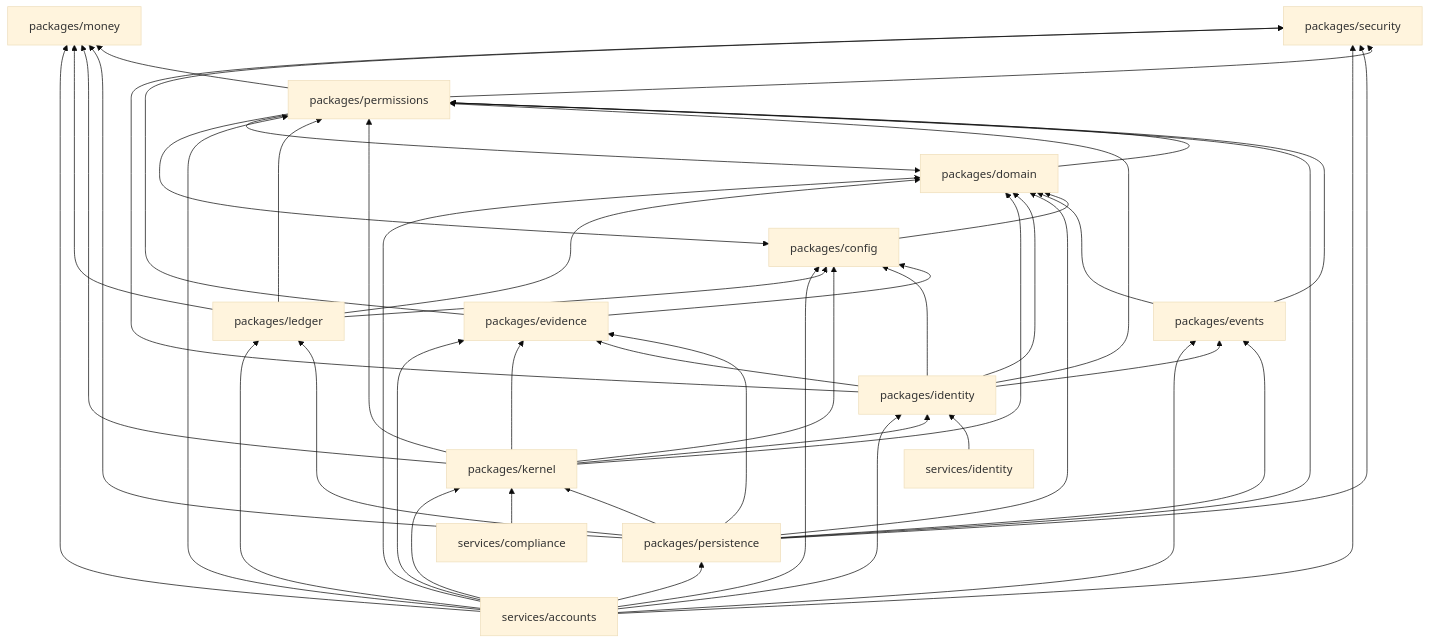
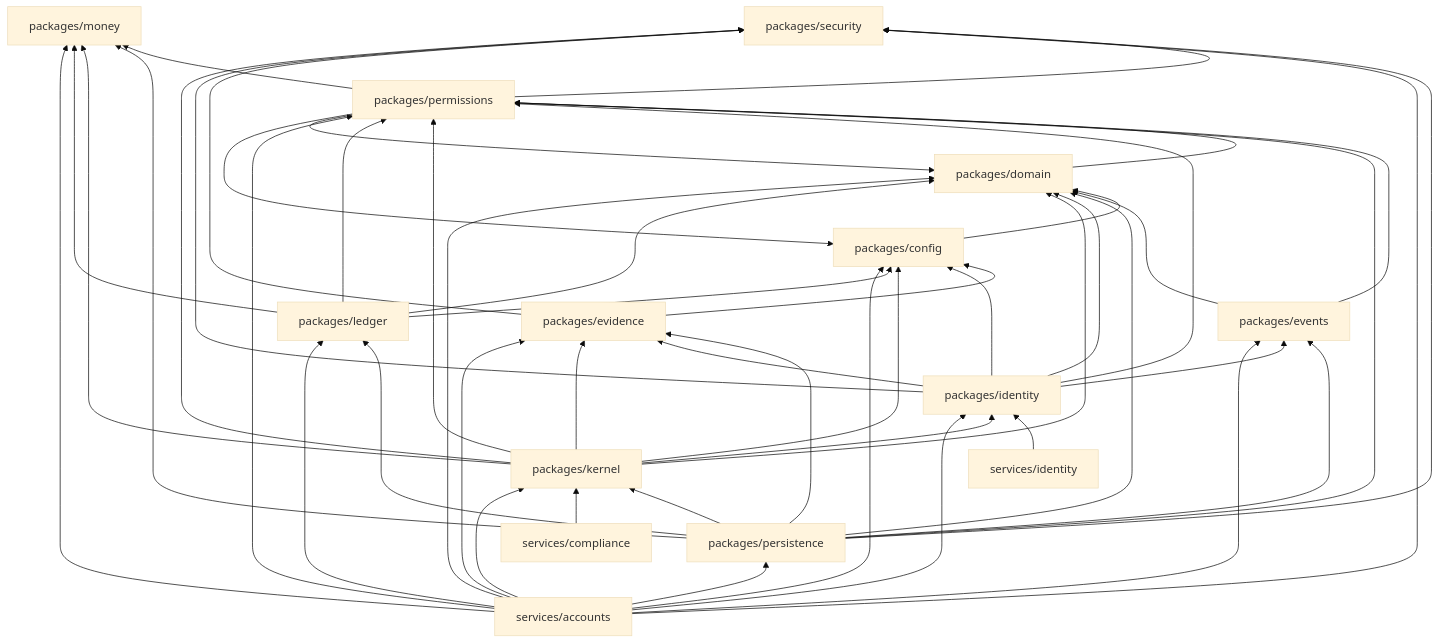
The second of 2 diagrams in docs/architecture/constitution.md (reyesnick54/solstice), drawn with Mermaid (base theme) before and after one commit. The commit also changed other lines of this file and 4 other files, not shown here.

First line of the commit message:
fix(compliance): support Node type-stripping and kernel security dep

````diff
--- a/docs/architecture/constitution.md
+++ b/docs/architecture/constitution.md
@@ -321,65 +319,66 @@
 ```mermaid
 flowchart BT
   money["packages/money"]
   security["packages/security"]
   config["packages/config"]
   domain["packages/domain"]
   events["packages/events"]
   evidence["packages/evidence"]
   permissions["packages/permissions"]
   identity["packages/identity"]
   kernel["packages/kernel"]
   ledger["packages/ledger"]
   accounts["services/accounts"]
   identitySvc["services/identity"]
   complianceSvc["services/compliance"]
 
   config --> domain
   domain --> permissions
   permissions --> domain
   permissions --> money
   permissions --> config
   permissions --> security
   events --> domain
   events --> permissions
   persistence["packages/persistence"]
   persistence --> domain
   persistence --> evidence
   persistence --> events
   persistence --> ledger
   persistence --> permissions
   persistence --> money
   persistence --> kernel
   persistence --> security
   accounts --> persistence
   accounts --> security
   evidence --> config
   evidence --> security
   identity --> domain
   identity --> security
   identity --> permissions
   identity --> config
   identity --> evidence
   identity --> events
   identitySvc --> identity
   complianceSvc --> kernel
   kernel --> config
   kernel --> evidence
   kernel --> permissions
   kernel --> domain
   kernel --> money
   kernel --> identity
+  kernel --> security
   ledger --> config
   ledger --> permissions
   ledger --> domain
   ledger --> money
   accounts --> domain
   accounts --> evidence
   accounts --> events
   accounts --> kernel
   accounts --> ledger
   accounts --> permissions
   accounts --> config
   accounts --> money
   accounts --> identity
 ```
````
